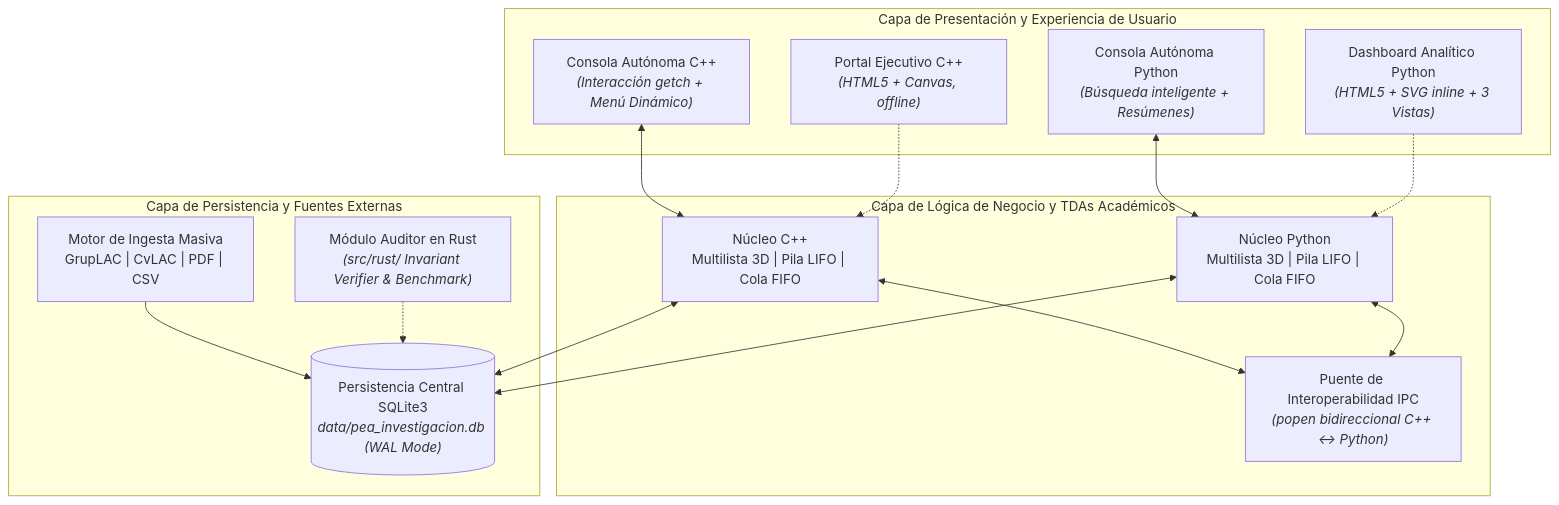
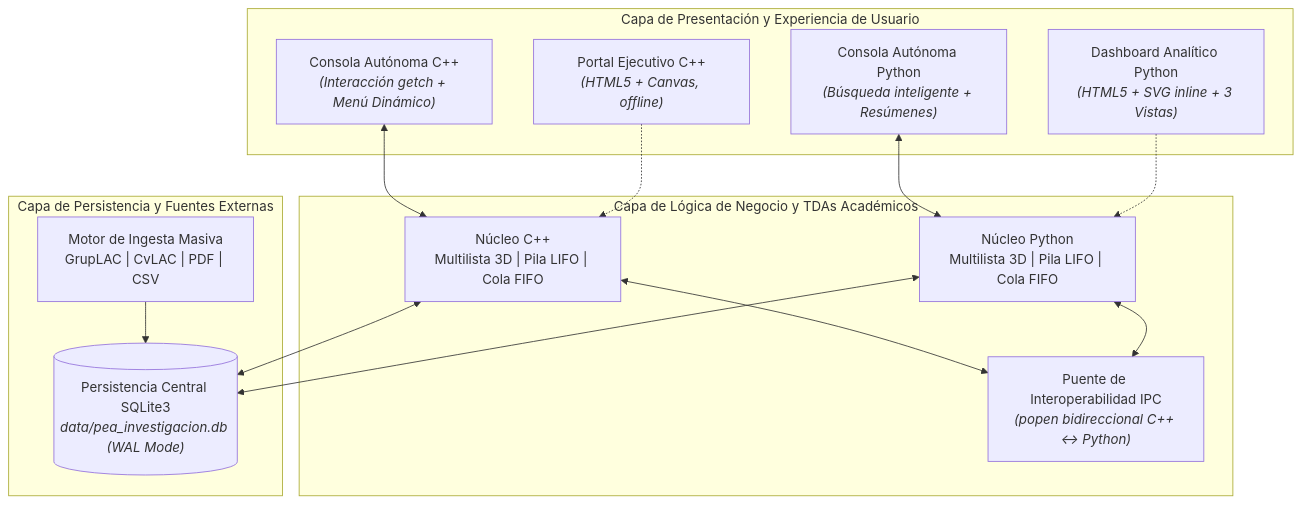
Before and after one commit to Kovyn-Mena/PEA-I: the second of 2 diagrams in docs/SPEC_TECNICO.md, drawn with Mermaid. The commit also changed other lines of this file and 10 other files, not shown here.

First line of the commit message:
refactor: eliminar por completo el módulo Rust (decisión del autor)

````diff
--- a/docs/SPEC_TECNICO.md
+++ b/docs/SPEC_TECNICO.md
@@ -227,34 +227,32 @@
 ```mermaid
 flowchart TD
     subgraph UI_LAYER ["Capa de Presentación y Experiencia de Usuario"]
         C_CLI["Consola Autónoma C++<br><i>(Interacción getch + Menú Dinámico)</i>"]
         P_CLI["Consola Autónoma Python<br><i>(Búsqueda inteligente + Resúmenes)</i>"]
         GUI_C["Portal Ejecutivo C++<br><i>(HTML5 + Canvas, offline)</i>"]
         GUI_P["Dashboard Analítico Python<br><i>(HTML5 + SVG inline + 3 Vistas)</i>"]
     end
 
     subgraph CORE_LAYER ["Capa de Lógica de Negocio y TDAs Académicos"]
         TDA_CPP["Núcleo C++<br>Multilista 3D | Pila LIFO | Cola FIFO"]
         TDA_PY["Núcleo Python<br>Multilista 3D | Pila LIFO | Cola FIFO"]
         BRIDGE["Puente de Interoperabilidad IPC<br><i>(popen bidireccional C++ <-> Python)</i>"]
     end
 
     subgraph DATA_LAYER ["Capa de Persistencia y Fuentes Externas"]
         SQLITE[("Persistencia Central SQLite3<br><i>data/pea_investigacion.db (WAL Mode)</i>")]
         SCRAPER["Motor de Ingesta Masiva<br>GrupLAC | CvLAC | PDF | CSV"]
-        RUST_AUDIT["Módulo Auditor en Rust<br><i>(src/rust/ Invariant Verifier & Benchmark)</i>"]
     end
 
     C_CLI <--> TDA_CPP
     P_CLI <--> TDA_PY
     GUI_C -.-> TDA_CPP
     GUI_P -.-> TDA_PY
 
     TDA_CPP <--> BRIDGE
     TDA_PY <--> BRIDGE
 
     TDA_CPP <--> SQLITE
     TDA_PY <--> SQLITE
     SCRAPER --> SQLITE
-    RUST_AUDIT -.-> SQLITE
 ```
````
